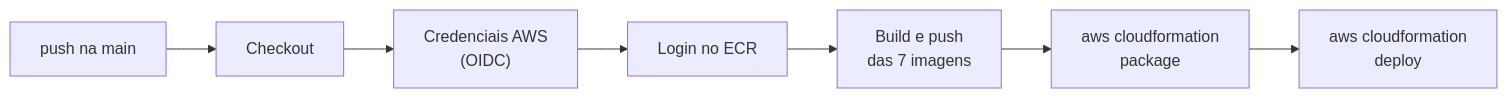
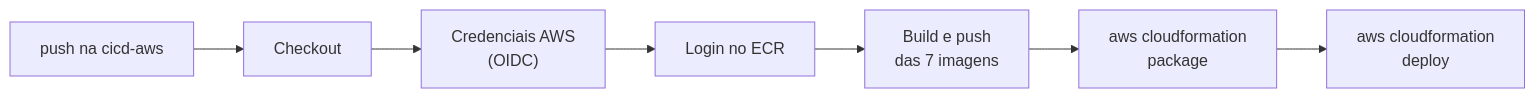
One commit to myxenje/orderflow-aws-serverless changed the diagram in README.md. Above: the diagram before and after it, drawn with Mermaid. The commit also changed other lines of this file, not shown here.

````diff
--- a/README.md
+++ b/README.md
@@ -216,9 +216,9 @@
 ```mermaid
 flowchart LR
-    A[push na main] --> B[Checkout]
+    A[push na cicd-aws] --> B[Checkout]
     B --> C["Credenciais AWS<br/>(OIDC)"]
     C --> D[Login no ECR]
     D --> E["Build e push<br/>das 7 imagens"]
     E --> F["aws cloudformation<br/>package"]
     F --> G["aws cloudformation<br/>deploy"]
 ```
````
